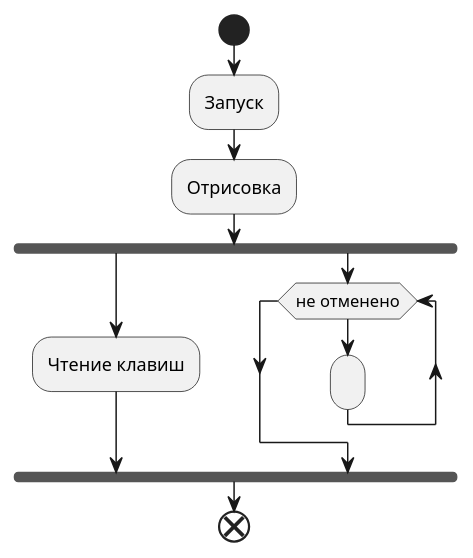
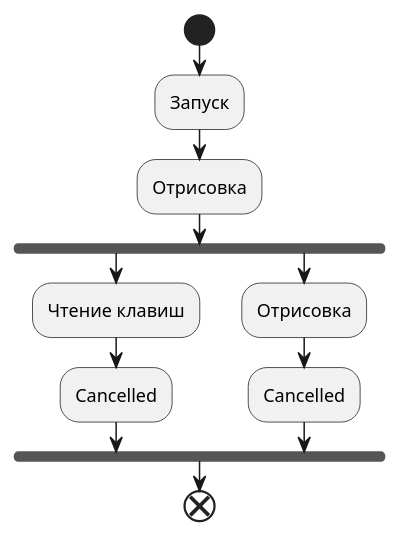
The diagram in Sunnyyssh.ConsoleUI/Scheme/Actions/UILifeCycle.puml (sunnyyssh/ConsoleUI), drawn with PlantUML before and after one commit. The commit also changed 5 other files, not shown here.

```diff
--- a/Sunnyyssh.ConsoleUI/Scheme/Actions/UILifeCycle.puml
+++ b/Sunnyyssh.ConsoleUI/Scheme/Actions/UILifeCycle.puml
@@ -1,16 +1,16 @@
 @startuml
 
 start
 
 :Запуск;
 :Отрисовка;
 fork
 :Чтение клавиш; 
+:Cancelled;
 fork again
-while (не отменено)
-  :;
-endwhile
+:Отрисовка;
+:Cancelled;
 end fork
 end
 
 @enduml
```
